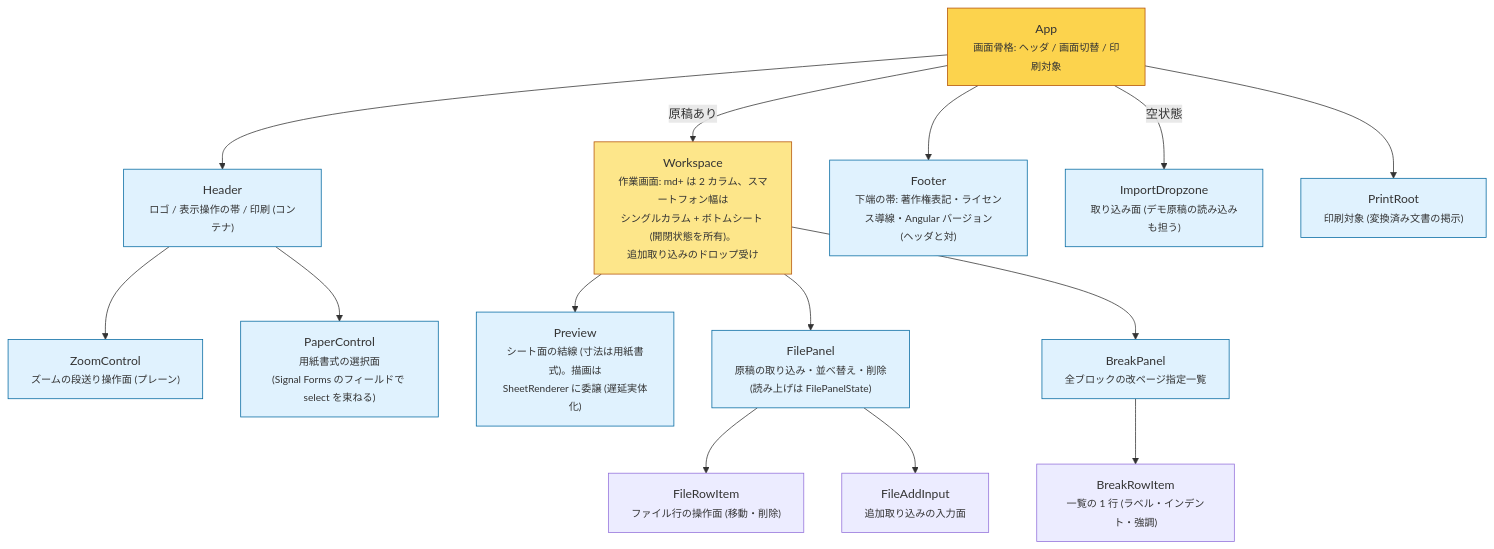
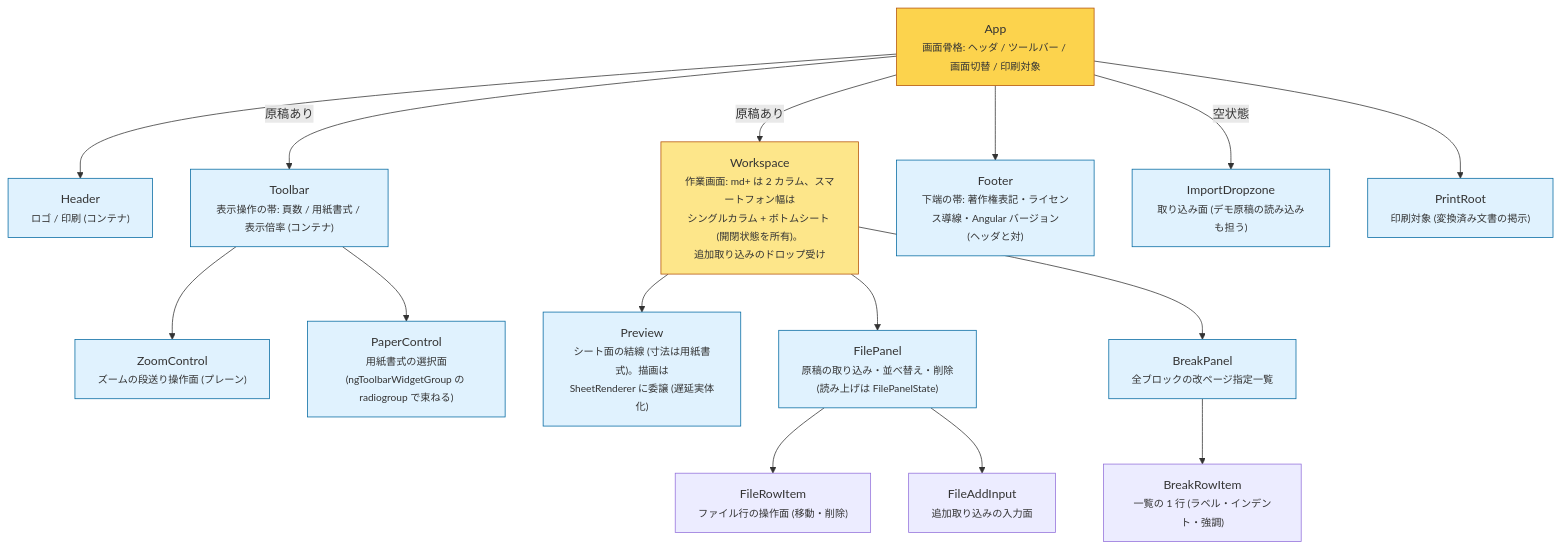
Before and after one commit to lacolaco/printmd: the diagram in docs/component-tree.md, drawn with Mermaid. The commit also changed other lines of this file and 15 other files, not shown here.

````diff
--- a/docs/component-tree.md
+++ b/docs/component-tree.md
@@ -6,38 +6,40 @@
 ```mermaid
 flowchart TB
-  APP["App<br/><small>画面骨格: ヘッダ / 画面切替 / 印刷対象</small>"]
-  HEADER["Header<br/><small>ロゴ / 表示操作の帯 / 印刷 (コンテナ)</small>"]
+  APP["App<br/><small>画面骨格: ヘッダ / ツールバー / 画面切替 / 印刷対象</small>"]
+  HEADER["Header<br/><small>ロゴ / 印刷 (コンテナ)</small>"]
+  TOOLBAR["Toolbar<br/><small>表示操作の帯: 頁数 / 用紙書式 / 表示倍率 (コンテナ)</small>"]
   ZOOMC["ZoomControl<br/><small>ズームの段送り操作面 (プレーン)</small>"]
-  PAPERC["PaperControl<br/><small>用紙書式の選択面<br/>(Signal Forms のフィールドで select を束ねる)</small>"]
+  PAPERC["PaperControl<br/><small>用紙書式の選択面<br/>(ngToolbarWidgetGroup の radiogroup で束ねる)</small>"]
   WS["Workspace<br/><small>作業画面: md+ は 2 カラム、スマートフォン幅は<br/>シングルカラム + ボトムシート (開閉状態を所有)。<br/>追加取り込みのドロップ受け</small>"]
   PREVIEW["Preview<br/><small>シート面の結線 (寸法は用紙書式)。描画は<br/>SheetRenderer に委譲 (遅延実体化)</small>"]
   FILEP["FilePanel<br/><small>原稿の取り込み・並べ替え・削除<br/>(読み上げは FilePanelState)</small>"]
   BREAKP["BreakPanel<br/><small>全ブロックの改ページ指定一覧</small>"]
   BREAKROW["BreakRowItem<br/><small>一覧の 1 行 (ラベル・インデント・強調)</small>"]
   FILEROW["FileRowItem<br/><small>ファイル行の操作面 (移動・削除)</small>"]
   FILEADD["FileAddInput<br/><small>追加取り込みの入力面</small>"]
   FOOTER["Footer<br/><small>下端の帯: 著作権表記・ライセンス導線・Angular バージョン<br/>(ヘッダと対)</small>"]
   DROP["ImportDropzone<br/><small>取り込み面 (デモ原稿の読み込みも担う)</small>"]
   PRINT["PrintRoot<br/><small>印刷対象 (変換済み文書の掲示)</small>"]
 
   APP --> HEADER
-  HEADER --> ZOOMC
-  HEADER --> PAPERC
+  APP -->|"原稿あり"| TOOLBAR
+  TOOLBAR --> ZOOMC
+  TOOLBAR --> PAPERC
   APP --> FOOTER
   APP -->|"原稿あり"| WS
   APP -->|"空状態"| DROP
   APP --> PRINT
   WS --> PREVIEW
   WS --> FILEP
   WS --> BREAKP
   BREAKP --> BREAKROW
   FILEP --> FILEROW
   FILEP --> FILEADD
 
   classDef shell fill:#fcd34d,stroke:#b45309
   classDef layout fill:#fde68a,stroke:#b45309
   classDef leaf fill:#e0f2fe,stroke:#0369a1
   class APP shell
   class WS layout
-  class HEADER,ZOOMC,PAPERC,PREVIEW,FILEP,BREAKP,FOOTER,DROP,PRINT leaf
+  class HEADER,TOOLBAR,ZOOMC,PAPERC,PREVIEW,FILEP,BREAKP,FOOTER,DROP,PRINT leaf
 ```
````
